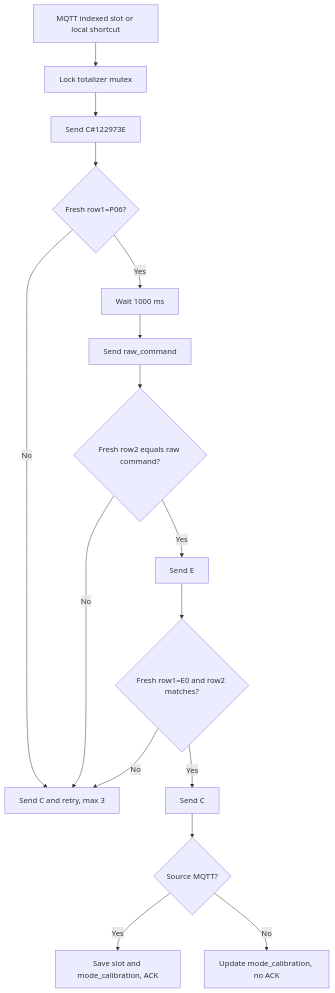
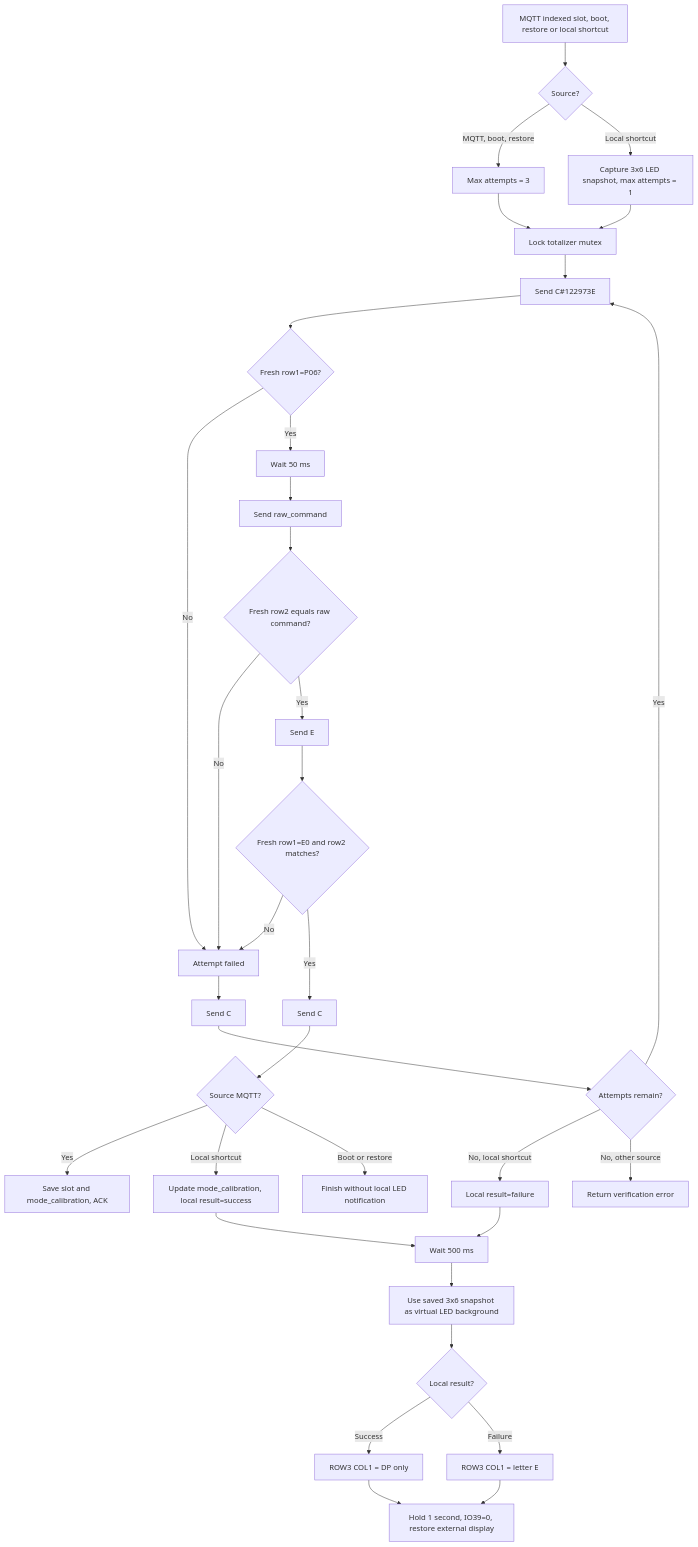
One commit to kenhkythuat/keyboard_phuongnam changed diagram 12 of 16 in docs/iot/firmware/flow.md. Above: the diagram before and after it, drawn with Mermaid. The commit also changed other lines of this file and 11 other files, not shown here.

Commit message:
fix display totalizer when start pump

````diff
--- a/docs/iot/firmware/flow.md
+++ b/docs/iot/firmware/flow.md
@@ -189,18 +278,37 @@
 ```mermaid
 flowchart TD
-    A[MQTT indexed slot or local shortcut] --> B[Lock totalizer mutex]
-    B --> C[Send C#122973E]
+    A[MQTT indexed slot, boot, restore or local shortcut] --> B{Source?}
+    B -- MQTT, boot, restore --> B2[Max attempts = 3]
+    B -- Local shortcut --> B3[Capture 3x6 LED snapshot, max attempts = 1]
+    B2 --> B4[Lock totalizer mutex]
+    B3 --> B4
+    B4 --> C
+    C[Send C#122973E]
     C --> D{Fresh row1=P06?}
-    D -- No --> E[Send C and retry, max 3]
-    D -- Yes --> F[Wait 1000 ms]
+    D -- No --> E[Attempt failed]
+    D -- Yes --> F[Wait 50 ms]
     F --> G[Send raw_command]
     G --> H{Fresh row2 equals raw command?}
     H -- No --> E
     H -- Yes --> I[Send E]
     I --> J{Fresh row1=E0 and row2 matches?}
     J -- No --> E
     J -- Yes --> K[Send C]
     K --> L{Source MQTT?}
     L -- Yes --> M[Save slot and mode_calibration, ACK]
-    L -- No --> N[Update mode_calibration, no ACK]
+    L -- Local shortcut --> N[Update mode_calibration, local result=success]
+    L -- Boot or restore --> M2[Finish without local LED notification]
+    E --> E1[Send C]
+    E1 --> E2{Attempts remain?}
+    E2 -- Yes --> C
+    E2 -- No, local shortcut --> N2[Local result=failure]
+    E2 -- No, other source --> M3[Return verification error]
+    N --> O[Wait 500 ms]
+    N2 --> O
+    O --> P[Use saved 3x6 snapshot as virtual LED background]
+    P --> Q{Local result?}
+    Q -- Success --> R[ROW3 COL1 = DP only]
+    Q -- Failure --> S[ROW3 COL1 = letter E]
+    R --> T[Hold 1 second, IO39=0, restore external display]
+    S --> T
 ```
````
